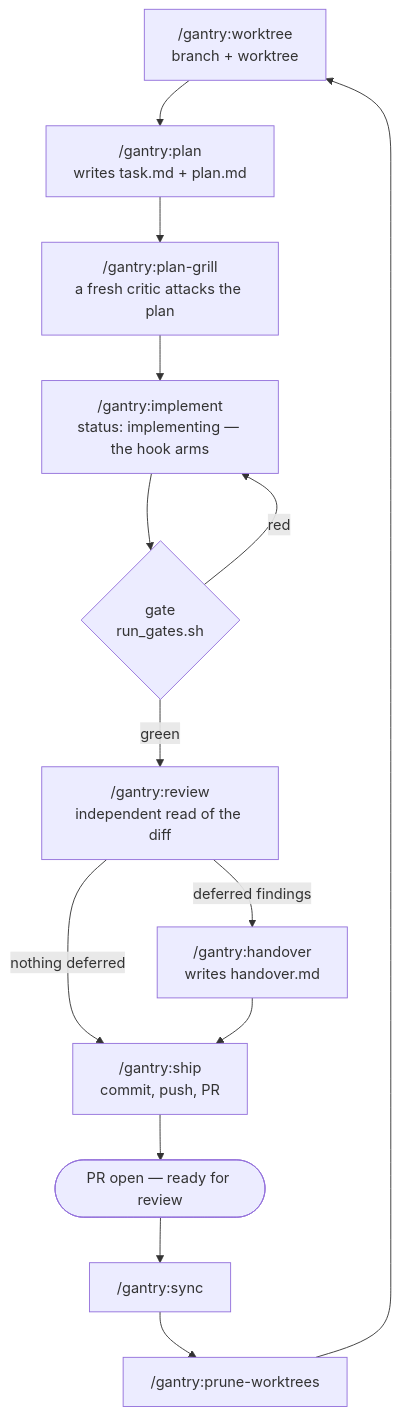
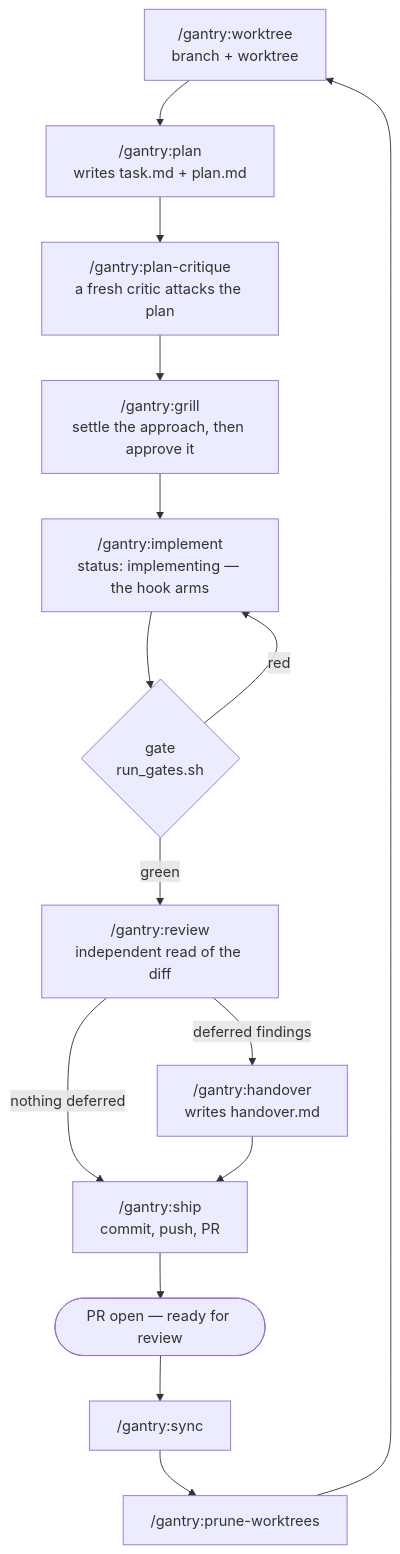
One commit to kostya-epifanov/claude-gantry changed the diagram in README.md. Above: the diagram before and after it, drawn with Mermaid. The commit also changed other lines of this file and 26 other files, not shown here.

````diff
--- a/README.md
+++ b/README.md
@@ -65,16 +67,17 @@
 ```mermaid
 flowchart TD
   W["/gantry:worktree<br/>branch + worktree"] --> P["/gantry:plan<br/>writes task.md + plan.md"]
-  P --> G["/gantry:plan-grill<br/>a fresh critic attacks the plan"]
+  P --> C["/gantry:plan-critique<br/>a fresh critic attacks the plan"]
+  C --> G["/gantry:grill<br/>settle the approach, then approve it"]
   G --> I["/gantry:implement<br/>status: implementing — the hook arms"]
   I --> GATE{"gate<br/>run_gates.sh"}
   GATE -- "red" --> I
   GATE -- "green" --> R["/gantry:review<br/>independent read of the diff"]
   R -- "deferred findings" --> H["/gantry:handover<br/>writes handover.md"]
   R -- "nothing deferred" --> S["/gantry:ship<br/>commit, push, PR"]
   H --> S
   S --> PR(["PR open — ready for review"])
   PR --> SY["/gantry:sync"]
   SY --> PW["/gantry:prune-worktrees"]
   PW --> W
 ```
````
